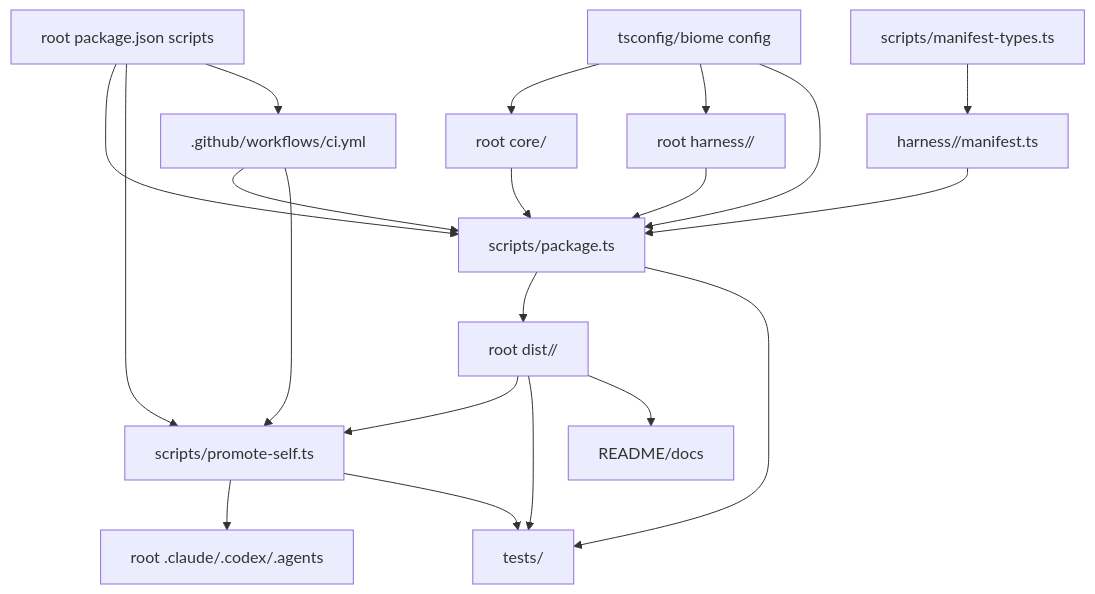
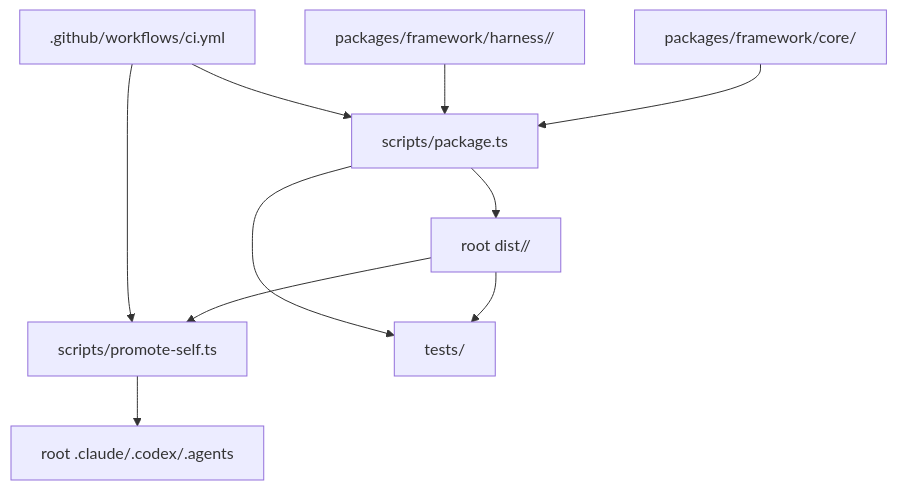
One commit to amadeus-dlc/amadeus changed the first of 3 diagrams in amadeus/spaces/default/codekb/amadeus/dependencies.md. Above: the diagram before and after it, drawn with Mermaid. The commit also changed other lines of this file and 35 other files, not shown here.

````diff
--- a/amadeus/spaces/default/codekb/amadeus/dependencies.md
+++ b/amadeus/spaces/default/codekb/amadeus/dependencies.md
@@ -5,36 +5,21 @@
 ```mermaid
 flowchart TD
-  PackageJson["root package.json scripts"]
-  TSConfig["tsconfig/biome config"]
-  Core["root core/"]
-  Harness["root harness/<name>/"]
-  ManifestTypes["scripts/manifest-types.ts"]
-  Manifests["harness/<name>/manifest.ts"]
+  FWCore["packages/framework/core/"]
+  FWHarness["packages/framework/harness/<name>/"]
   PackageScript["scripts/package.ts"]
   Promote["scripts/promote-self.ts"]
   Dist["root dist/<name>/"]
   Runtime["root .claude/.codex/.agents"]
   Tests["tests/"]
-  Docs["README/docs"]
   CI[".github/workflows/ci.yml"]
 
-  PackageJson --> PackageScript
-  PackageJson --> Promote
-  TSConfig --> Core
-  TSConfig --> Harness
-  TSConfig --> PackageScript
-  ManifestTypes --> Manifests
-  Core --> PackageScript
-  Harness --> PackageScript
-  Manifests --> PackageScript
+  FWCore --> PackageScript
+  FWHarness --> PackageScript
   PackageScript --> Dist
   Dist --> Promote
   Promote --> Runtime
   Dist --> Tests
   PackageScript --> Tests
-  Promote --> Tests
-  Dist --> Docs
-  PackageJson --> CI
   CI --> PackageScript
   CI --> Promote
 ```
````
